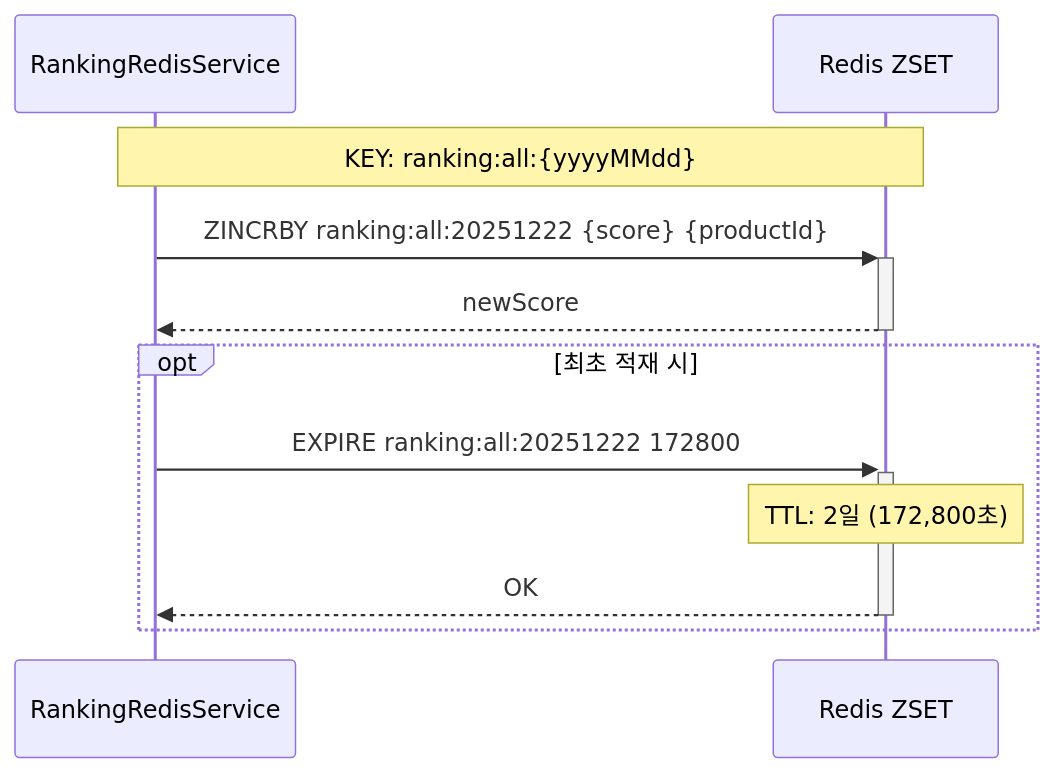
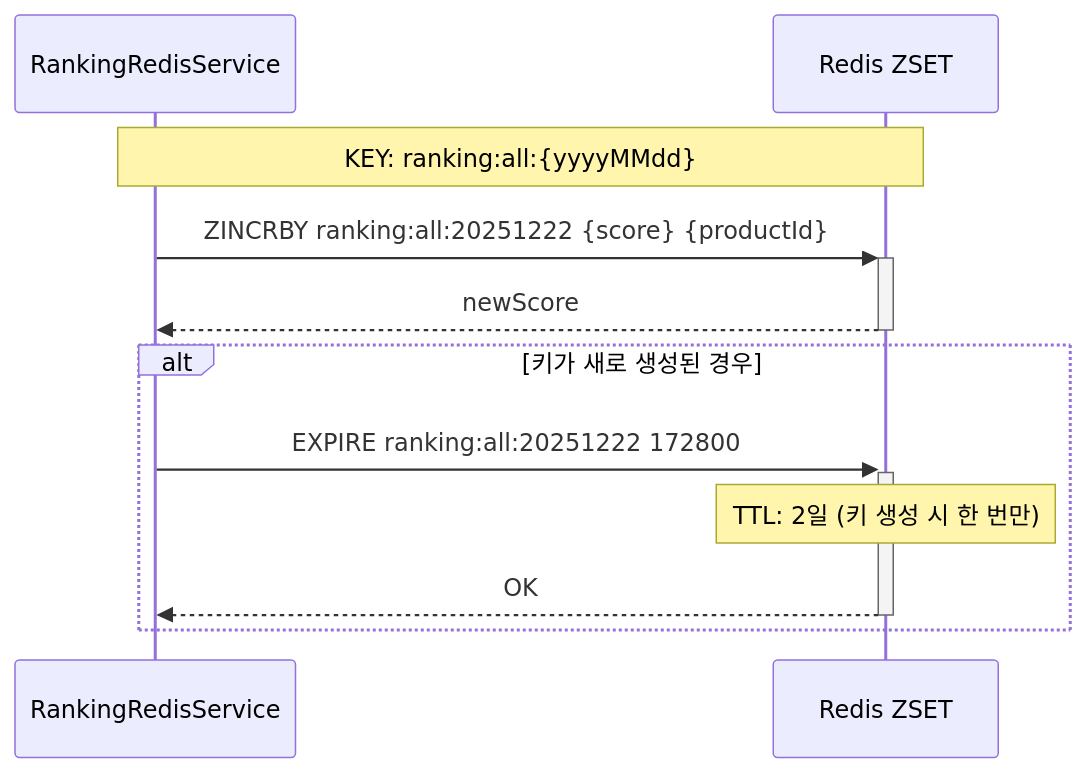
The fifth of 5 diagrams in docs/week9/02-sequence-diagrams.md (jeonga1022/loopers-spring-java-template), drawn with Mermaid before and after one commit. The commit also changed 2 other files, not shown here.

Commit message:
refactor: EXPIRE를 키 생성 시에만 호출하도록 변경

```diff
--- a/docs/week9/02-sequence-diagrams.md
+++ b/docs/week9/02-sequence-diagrams.md
@@ -113,16 +113,16 @@
 ~~~mermaid
 sequenceDiagram
     participant Service as RankingRedisService
     participant Redis as Redis ZSET
 
     Note over Service,Redis: KEY: ranking:all:{yyyyMMdd}
 
     Service->>+Redis: ZINCRBY ranking:all:20251222 {score} {productId}
     Redis-->>-Service: newScore
 
-    opt 최초 적재 시
+    alt 키가 새로 생성된 경우
         Service->>+Redis: EXPIRE ranking:all:20251222 172800
-        Note over Redis: TTL: 2일 (172,800초)
+        Note over Redis: TTL: 2일 (키 생성 시 한 번만)
         Redis-->>-Service: OK
     end
 ~~~
```
